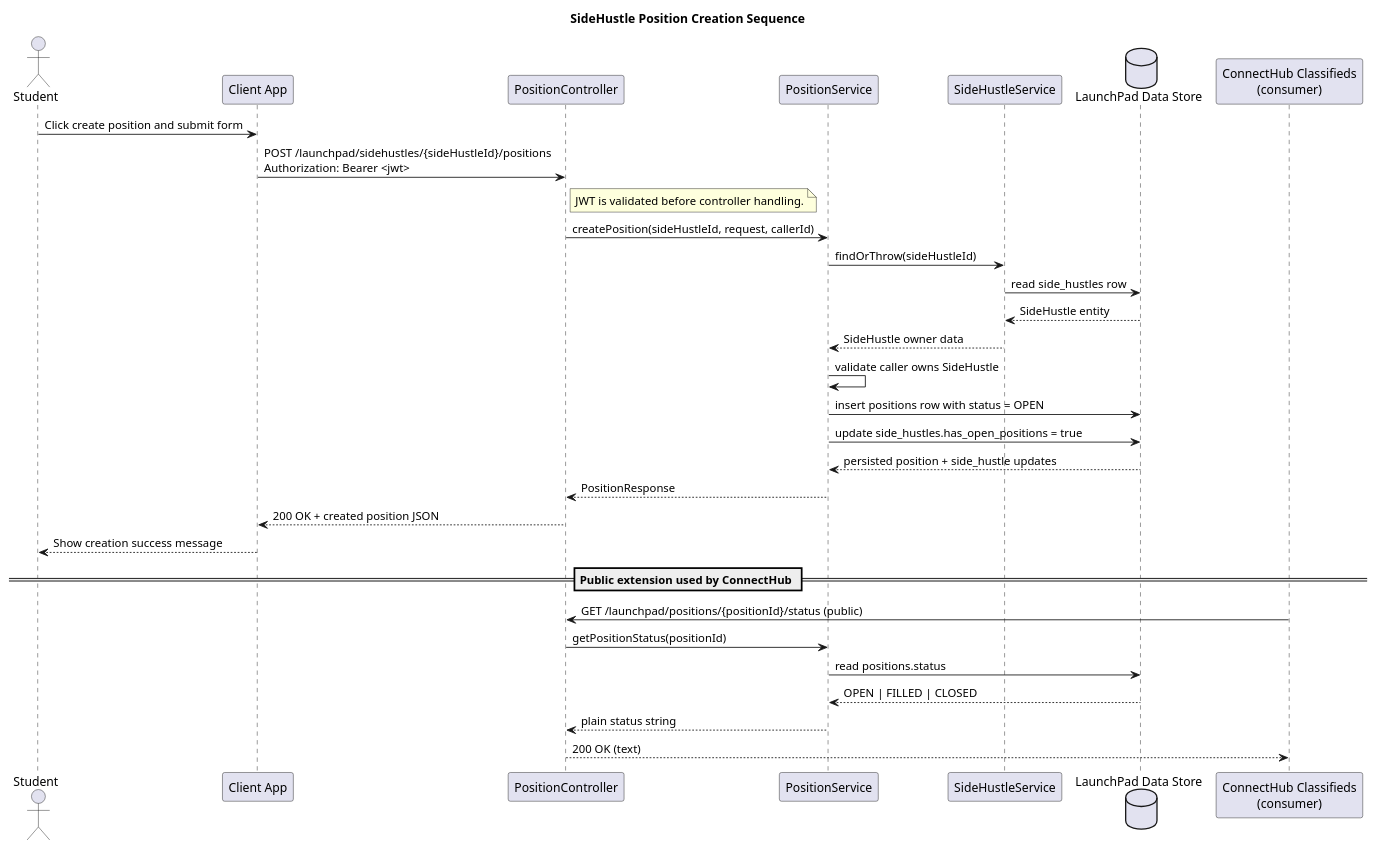
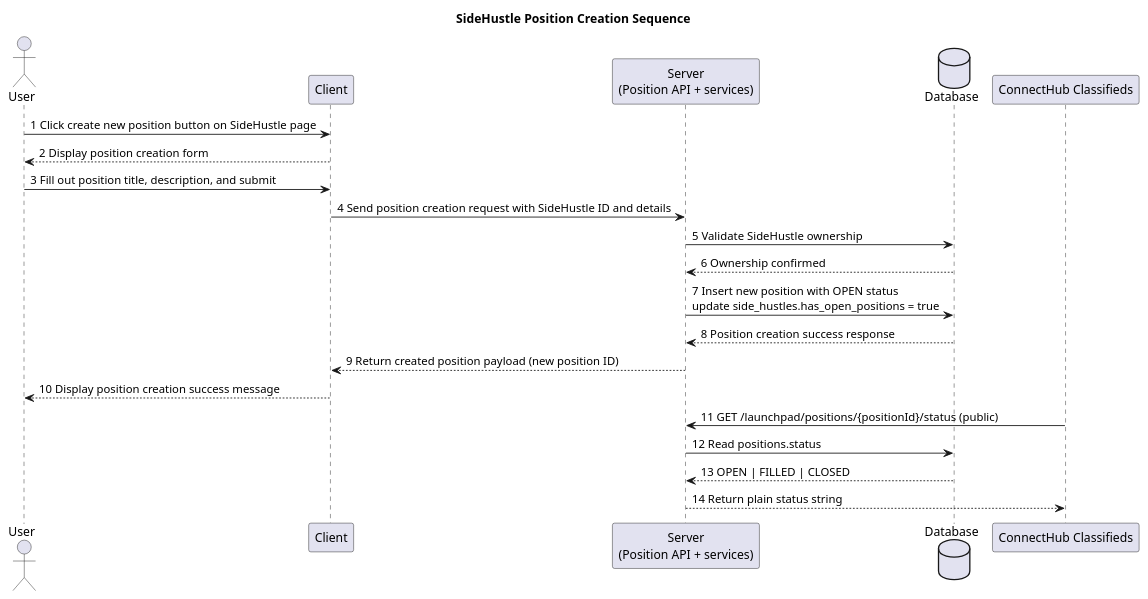
One commit to anthonytoyco/hatchloom changed the diagram in diagrams/sequence_position.puml. Above: the diagram before and after it, drawn with PlantUML. The commit also changed 6 other files, not shown here.

Commit message:
feat: update API documentation and diagrams for LaunchPad service, including success response codes and domain class diagram

```diff
--- a/diagrams/sequence_position.puml
+++ b/diagrams/sequence_position.puml
@@ -1,41 +1,26 @@
-@startuml
+@startuml sequence_position
 title SideHustle Position Creation Sequence
 
-actor Student as User
-participant "Client App" as Client
-participant "PositionController" as PositionController
-participant "PositionService" as PositionService
-participant "SideHustleService" as SideHustleService
-database "LaunchPad Data Store" as DB
-participant "ConnectHub Classifieds\n(consumer)" as ConnectHub
+actor User
+participant Client
+participant "Server\n(Position API + services)" as Server
+database Database
+participant "ConnectHub Classifieds" as ConnectHub
 
-User -> Client: Click create position and submit form
-Client -> PositionController: POST /launchpad/sidehustles/{sideHustleId}/positions\nAuthorization: Bearer <jwt>
-note right of PositionController
-	JWT is validated before controller handling.
-end note
-PositionController -> PositionService: createPosition(sideHustleId, request, callerId)
+User -> Client: 1 Click create new position button on SideHustle page
+Client --> User: 2 Display position creation form
+User -> Client: 3 Fill out position title, description, and submit
+Client -> Server: 4 Send position creation request with SideHustle ID and details
+Server -> Database: 5 Validate SideHustle ownership
+Database --> Server: 6 Ownership confirmed
+Server -> Database: 7 Insert new position with OPEN status\nupdate side_hustles.has_open_positions = true
+Database --> Server: 8 Position creation success response
+Server --> Client: 9 Return created position payload (new position ID)
+Client --> User: 10 Display position creation success message
 
-PositionService -> SideHustleService: findOrThrow(sideHustleId)
-SideHustleService -> DB: read side_hustles row
-DB --> SideHustleService: SideHustle entity
-SideHustleService --> PositionService: SideHustle owner data
-PositionService -> PositionService: validate caller owns SideHustle
-
-PositionService -> DB: insert positions row with status = OPEN
-PositionService -> DB: update side_hustles.has_open_positions = true
-DB --> PositionService: persisted position + side_hustle updates
-
-PositionService --> PositionController: PositionResponse
-PositionController --> Client: 200 OK + created position JSON
-Client --> User: Show creation success message
-
-== Public extension used by ConnectHub ==
-ConnectHub -> PositionController: GET /launchpad/positions/{positionId}/status (public)
-PositionController -> PositionService: getPositionStatus(positionId)
-PositionService -> DB: read positions.status
-DB --> PositionService: OPEN | FILLED | CLOSED
-PositionService --> PositionController: plain status string
-PositionController --> ConnectHub: 200 OK (text)
+ConnectHub -> Server: 11 GET /launchpad/positions/{positionId}/status (public)
+Server -> Database: 12 Read positions.status
+Database --> Server: 13 OPEN | FILLED | CLOSED
+Server --> ConnectHub: 14 Return plain status string
 
 @enduml
```
